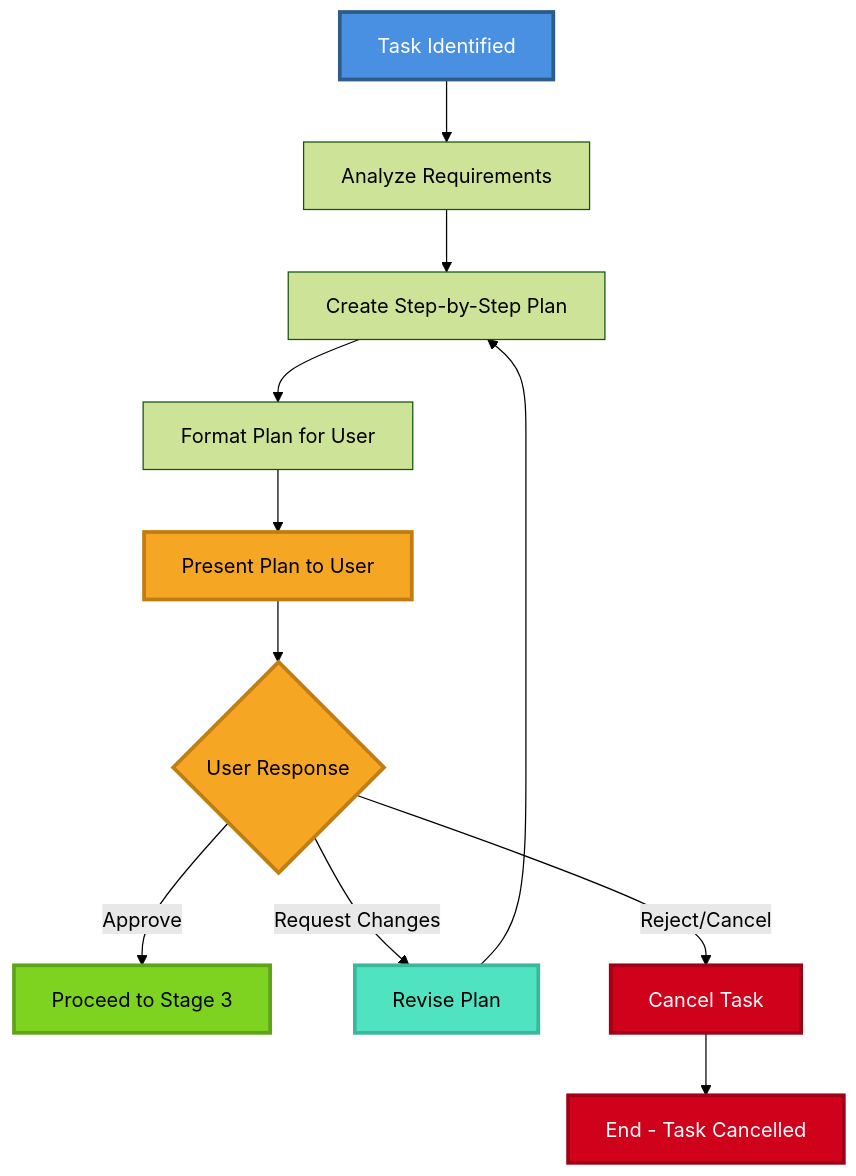
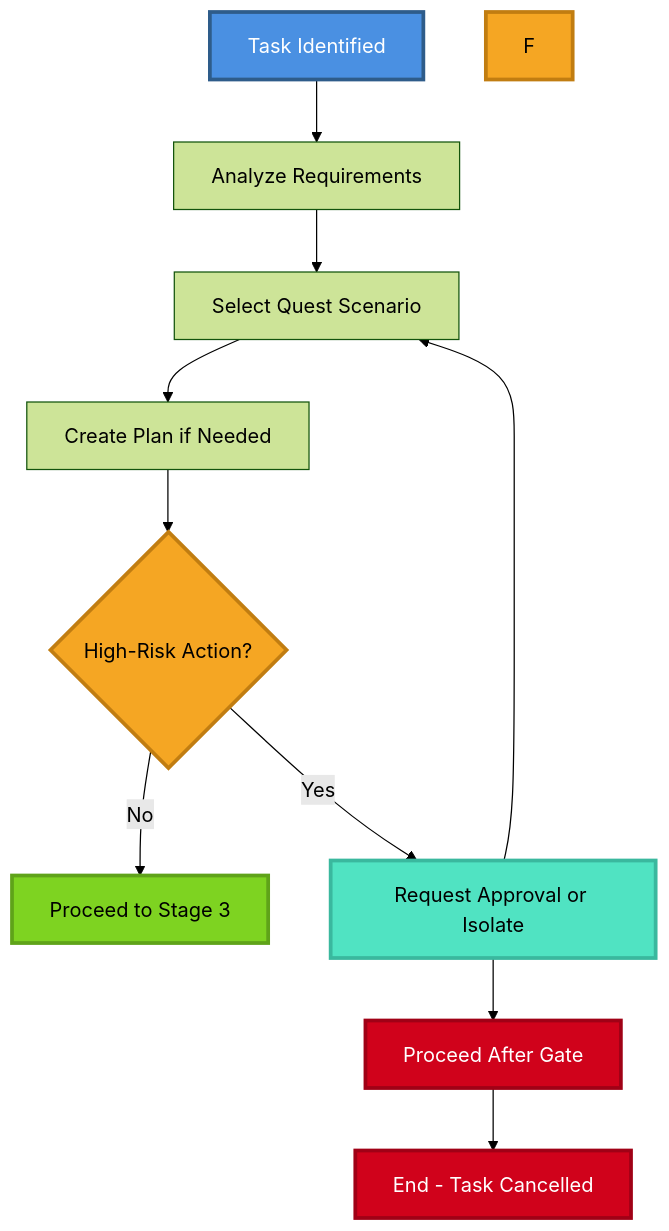
Before and after one commit to kalihat007/OpenAgentsControl: the sixth of 17 diagrams in docs/agents/openagent.md, drawn with Mermaid (forest theme). The commit also changed other lines of this file and 23 other files, not shown here.

````diff
--- a/docs/agents/openagent.md
+++ b/docs/agents/openagent.md
@@ -255,23 +257,22 @@
 ```mermaid
 graph TD
     A[Task Identified] --> B[Analyze Requirements]
-    B --> C[Create Step-by-Step Plan]
-    C --> D[Format Plan for User]
-    D --> E[Present Plan to User]
-    E --> F{User Response}
+    B --> C[Select Quest Scenario]
+    C --> D[Create Plan if Needed]
+    D --> E{High-Risk Action?}
     
-    F -->|Approve| G[Proceed to Stage 3]
-    F -->|Request Changes| H[Revise Plan]
-    F -->|Reject/Cancel| I[Cancel Task]
+    E -->|No| G[Proceed to Stage 3]
+    E -->|Yes| H[Request Approval or Isolate]
+    H --> I[Proceed After Gate]
     
     H --> C
     I --> J[End - Task Cancelled]
     
     style A fill:#4A90E2,stroke:#2E5C8A,stroke-width:3px,color:#fff
     style E fill:#F5A623,stroke:#C17D11,stroke-width:3px,color:#000
     style F fill:#F5A623,stroke:#C17D11,stroke-width:3px,color:#000
     style G fill:#7ED321,stroke:#5FA319,stroke-width:3px,color:#000
     style H fill:#50E3C2,stroke:#3AB89E,stroke-width:3px,color:#000
     style I fill:#D0021B,stroke:#A00116,stroke-width:3px,color:#fff
     style J fill:#D0021B,stroke:#A00116,stroke-width:3px,color:#fff
 ```
````
